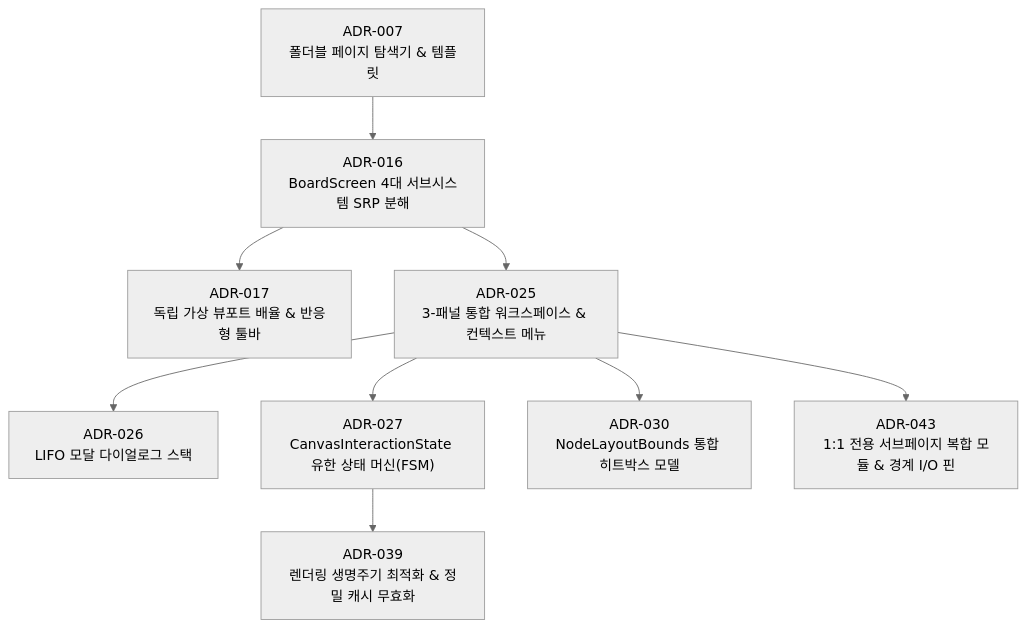
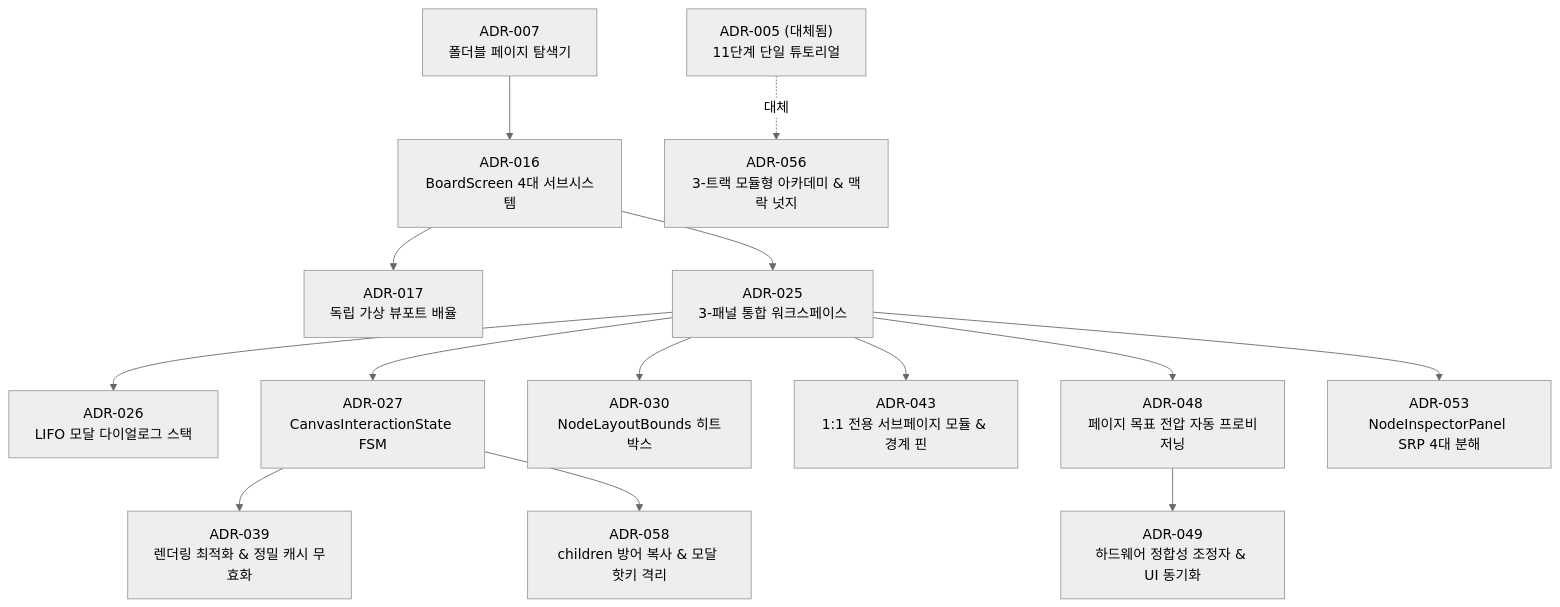
One commit to Amvermain/GregTechCalculatorBoard changed the third of 4 diagrams in docs/adr/README.md. Above: the diagram before and after it, drawn with Mermaid (neutral theme). The commit also changed other lines of this file and 166 other files, not shown here.

````diff
--- a/docs/adr/README.md
+++ b/docs/adr/README.md
@@ -55,11 +60,16 @@
 ```mermaid
 flowchart TD
-    ADR007["ADR-007<br/>폴더블 페이지 탐색기 & 템플릿"] --> ADR016["ADR-016<br/>BoardScreen 4대 서브시스템 SRP 분해"]
-    ADR016 --> ADR017["ADR-017<br/>독립 가상 뷰포트 배율 & 반응형 툴바"]
-    ADR016 --> ADR025["ADR-025<br/>3-패널 통합 워크스페이스 & 컨텍스트 메뉴"]
+    ADR007["ADR-007<br/>폴더블 페이지 탐색기"] --> ADR016["ADR-016<br/>BoardScreen 4대 서브시스템"]
+    ADR016 --> ADR017["ADR-017<br/>독립 가상 뷰포트 배율"]
+    ADR016 --> ADR025["ADR-025<br/>3-패널 통합 워크스페이스"]
     ADR025 --> ADR026["ADR-026<br/>LIFO 모달 다이얼로그 스택"]
-    ADR025 --> ADR027["ADR-027<br/>CanvasInteractionState 유한 상태 머신(FSM)"]
-    ADR025 --> ADR030["ADR-030<br/>NodeLayoutBounds 통합 히트박스 모델"]
-    ADR027 --> ADR039["ADR-039<br/>렌더링 생명주기 최적화 & 정밀 캐시 무효화"]
-    ADR025 --> ADR043["ADR-043<br/>1:1 전용 서브페이지 복합 모듈 & 경계 I/O 핀"]
+    ADR025 --> ADR027["ADR-027<br/>CanvasInteractionState FSM"]
+    ADR025 --> ADR030["ADR-030<br/>NodeLayoutBounds 히트박스"]
+    ADR027 --> ADR039["ADR-039<br/>렌더링 최적화 & 정밀 캐시 무효화"]
+    ADR025 --> ADR043["ADR-043<br/>1:1 전용 서브페이지 모듈 & 경계 핀"]
+    ADR025 --> ADR048["ADR-048<br/>페이지 목표 전압 자동 프로비저닝"]
+    ADR048 --> ADR049["ADR-049<br/>하드웨어 정합성 조정자 & UI 동기화"]
+    ADR025 --> ADR053["ADR-053<br/>NodeInspectorPanel SRP 4대 분해"]
+    ADR005["ADR-005 (대체됨)<br/>11단계 단일 튜토리얼"] -.->|대체| ADR056["ADR-056<br/>3-트랙 모듈형 아카데미 & 맥락 넛지"]
+    ADR027 --> ADR058["ADR-058<br/>children 방어 복사 & 모달 핫키 격리"]
 ```
````
